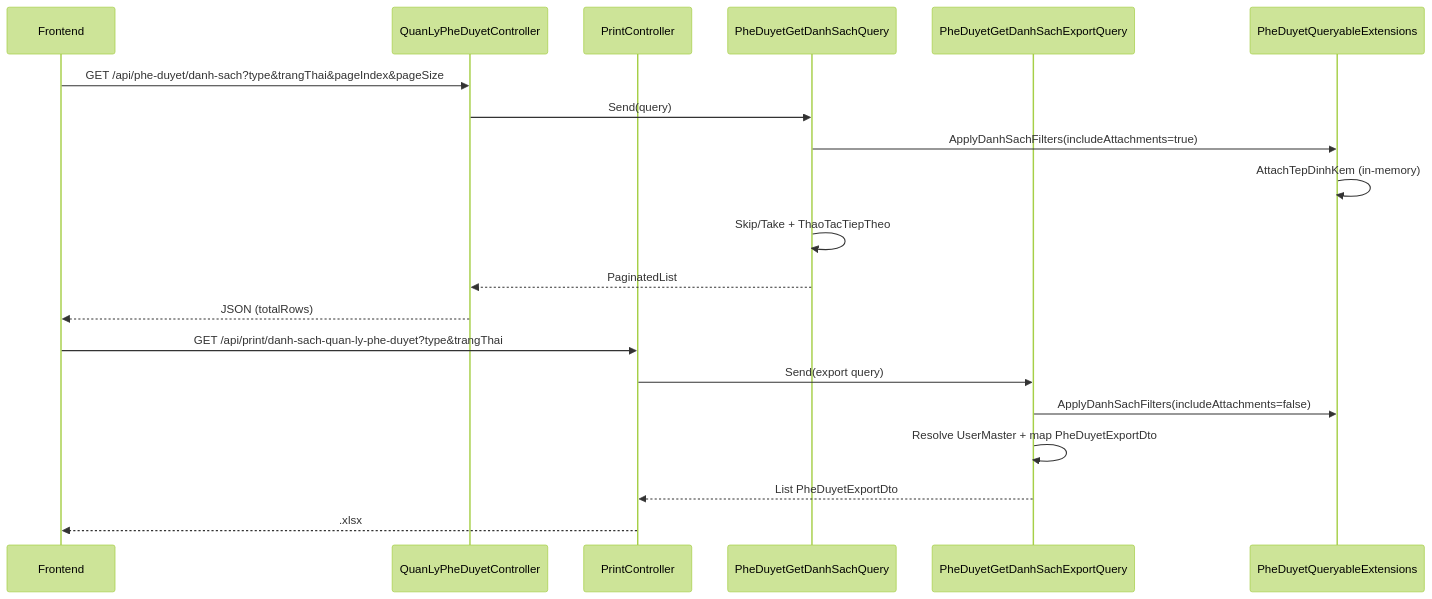
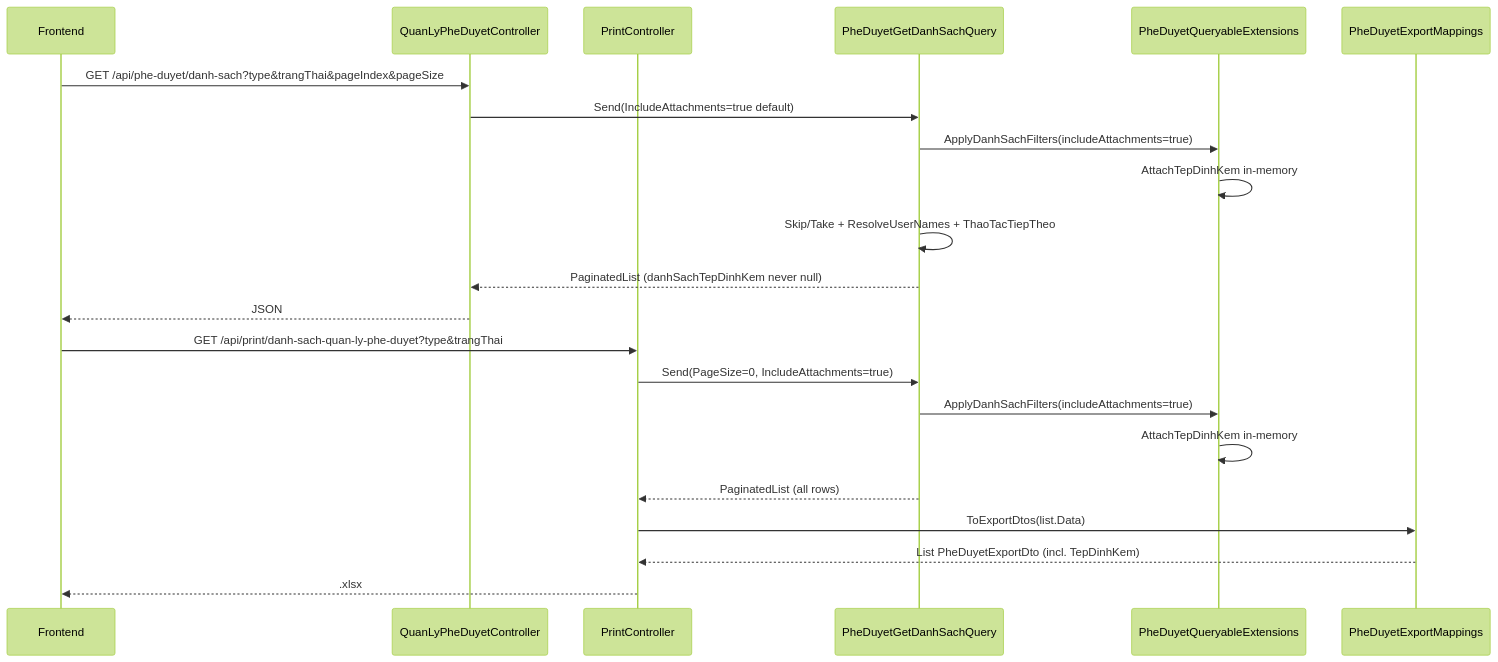
One commit to thinlam/Quan_Ly_Du_An changed the diagram in docs/feature/QuanLyPheDuyet/task-export-excel-quan-ly-phe-duyet.md. Above: the diagram before and after it, drawn with Mermaid (forest theme). The commit also changed other lines of this file and 12 other files, not shown here.

````diff
--- a/docs/feature/QuanLyPheDuyet/task-export-excel-quan-ly-phe-duyet.md
+++ b/docs/feature/QuanLyPheDuyet/task-export-excel-quan-ly-phe-duyet.md
@@ -174,24 +246,26 @@
 ```mermaid
 sequenceDiagram
     participant FE as Frontend
     participant QC as QuanLyPheDuyetController
     participant PC as PrintController
     participant LQ as PheDuyetGetDanhSachQuery
-    participant EQ as PheDuyetGetDanhSachExportQuery
     participant EX as PheDuyetQueryableExtensions
+    participant MAP as PheDuyetExportMappings
 
     FE->>QC: GET /api/phe-duyet/danh-sach?type&trangThai&pageIndex&pageSize
-    QC->>LQ: Send(query)
+    QC->>LQ: Send(IncludeAttachments=true default)
     LQ->>EX: ApplyDanhSachFilters(includeAttachments=true)
-    EX->>EX: AttachTepDinhKem (in-memory)
-    LQ->>LQ: Skip/Take + ThaoTacTiepTheo
-    LQ-->>QC: PaginatedList
-    QC-->>FE: JSON (totalRows)
+    EX->>EX: AttachTepDinhKem in-memory
+    LQ->>LQ: Skip/Take + ResolveUserNames + ThaoTacTiepTheo
+    LQ-->>QC: PaginatedList (danhSachTepDinhKem never null)
+    QC-->>FE: JSON
 
     FE->>PC: GET /api/print/danh-sach-quan-ly-phe-duyet?type&trangThai
-    PC->>EQ: Send(export query)
-    EQ->>EX: ApplyDanhSachFilters(includeAttachments=false)
-    EQ->>EQ: Resolve UserMaster + map PheDuyetExportDto
-    EQ-->>PC: List PheDuyetExportDto
+    PC->>LQ: Send(PageSize=0, IncludeAttachments=true)
+    LQ->>EX: ApplyDanhSachFilters(includeAttachments=true)
+    EX->>EX: AttachTepDinhKem in-memory
+    LQ-->>PC: PaginatedList (all rows)
+    PC->>MAP: ToExportDtos(list.Data)
+    MAP-->>PC: List PheDuyetExportDto (incl. TepDinhKem)
     PC-->>FE: .xlsx
 ```
````
